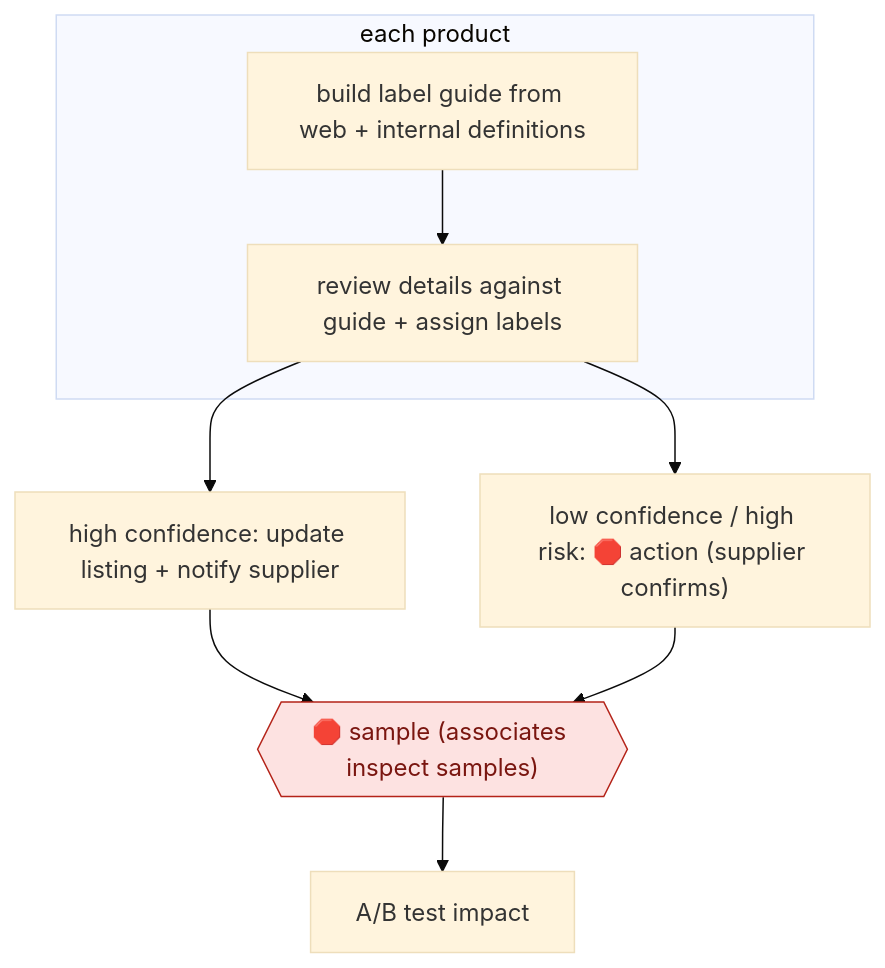
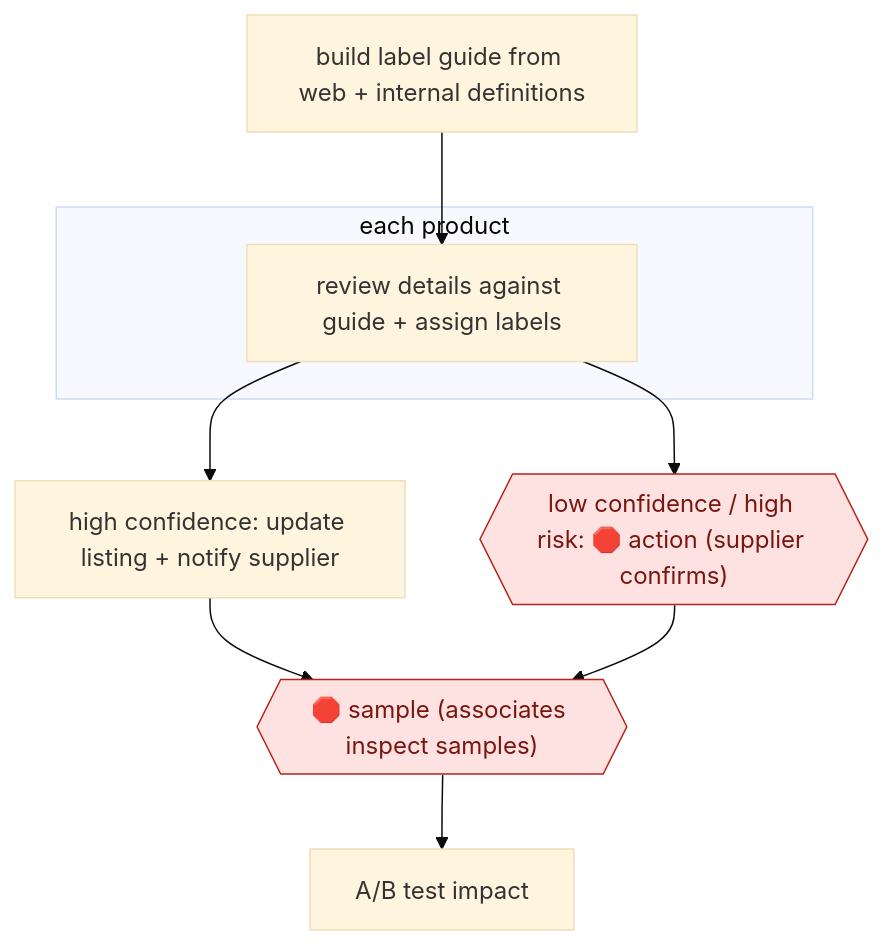
One commit to milesradford99/agent-workflow-atlas changed the diagram in workflows/COM/RET/CATALOG/supplier-confirmed-catalog-fixes/README.md. Above: the diagram before and after it, drawn with Mermaid (base theme). The commit also changed 171 other files, not shown here.

````diff
--- a/workflows/COM/RET/CATALOG/supplier-confirmed-catalog-fixes/README.md
+++ b/workflows/COM/RET/CATALOG/supplier-confirmed-catalog-fixes/README.md
@@ -31,18 +31,18 @@
 ```mermaid
 flowchart TD
   n1["build label guide from web + internal definitions"]
   subgraph s2["each product"]
   n3["review details against guide + assign labels"]
-  n1 --> n3
   end
   n4["high confidence: update listing + notify supplier"]
+  n5{{"low confidence / high risk: 🛑 action (supplier confirms)"}}:::stop
+  n6{{"🛑 sample (associates inspect samples)"}}:::stop
+  n7["A/B test impact"]
+  n1 --> n3
   n3 --> n4
-  n5["low confidence / high risk: 🛑 action (supplier confirms)"]
   n3 --> n5
-  n6{{"🛑 sample (associates inspect samples)"}}:::stop
   n4 --> n6
   n5 --> n6
-  n7["A/B test impact"]
   n6 --> n7
   classDef stop fill:#fde2e1,stroke:#b42318,color:#7a1610
 ```
````
